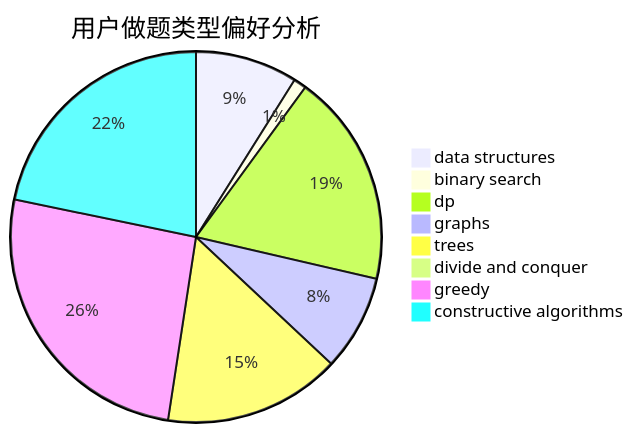
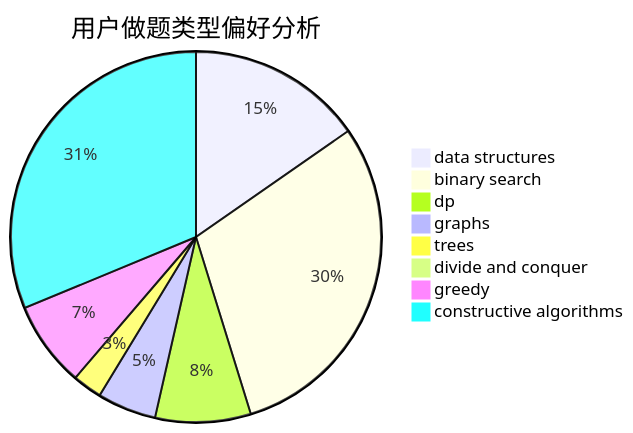
Before and after one commit to sherpahu/cfrs.github.io: the second of 3 diagrams in docs/user/u1004.md, drawn with Mermaid. The commit also changed other lines of this file and 2770 other files, not shown here.

````diff
--- a/docs/user/u1004.md
+++ b/docs/user/u1004.md
@@ -23,11 +23,11 @@
 ```mermaid
 pie title 用户做题类型偏好分析
-    "data structures" :  48
-    "binary search" :  6
-    "dp" :  100
-    "graphs" :  45
-    "trees" :  83
-    "divide and conquer" :  0
-    "greedy" :  139
-    "constructive algorithms" :  117
+    "data structures" :  125
+    "binary search" :  244
+    "dp" :  68
+    "graphs" :  42
+    "trees" :  21
+    "divide and conquer" :  1
+    "greedy" :  61
+    "constructive algorithms" :  255
 ```
````
